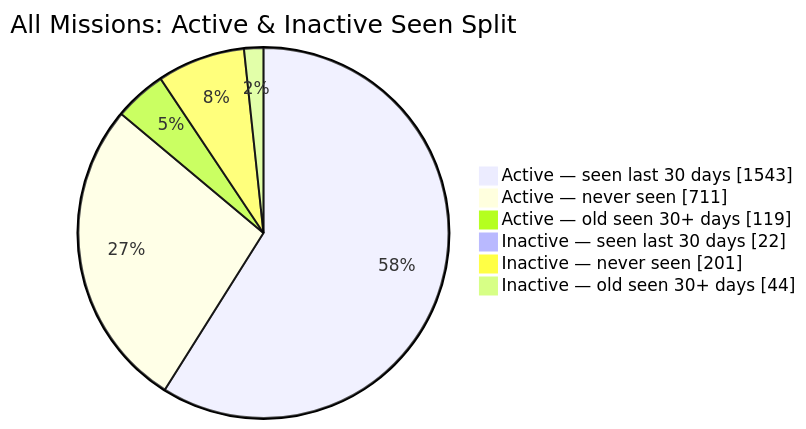
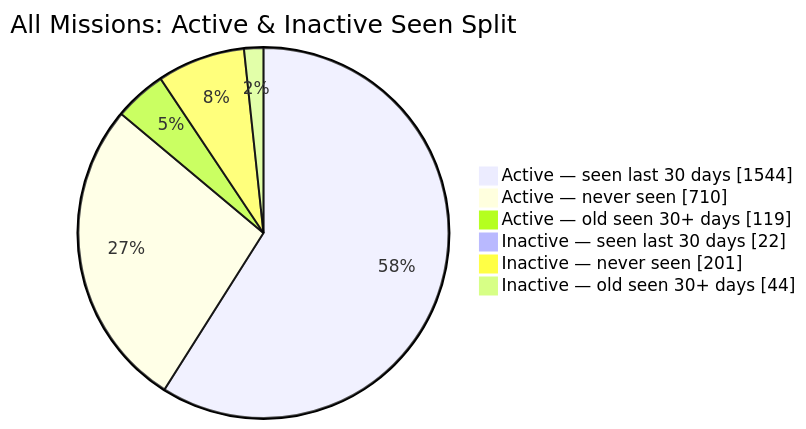
The second of 2 diagrams in README.md (MeldkamerspelGameTeam/active-missions), drawn with Mermaid before and after one commit. The commit also changed other lines of this file and 2 other files, not shown here.

````diff
--- a/README.md
+++ b/README.md
@@ -44,10 +44,10 @@
 ```mermaid
 pie showData
     title All Missions: Active & Inactive Seen Split
-    "Active — seen last 30 days" : 1543
-    "Active — never seen" : 711
+    "Active — seen last 30 days" : 1544
+    "Active — never seen" : 710
     "Active — old seen 30+ days" : 119
     "Inactive — seen last 30 days" : 22
     "Inactive — never seen" : 201
     "Inactive — old seen 30+ days" : 44
 ```
````
